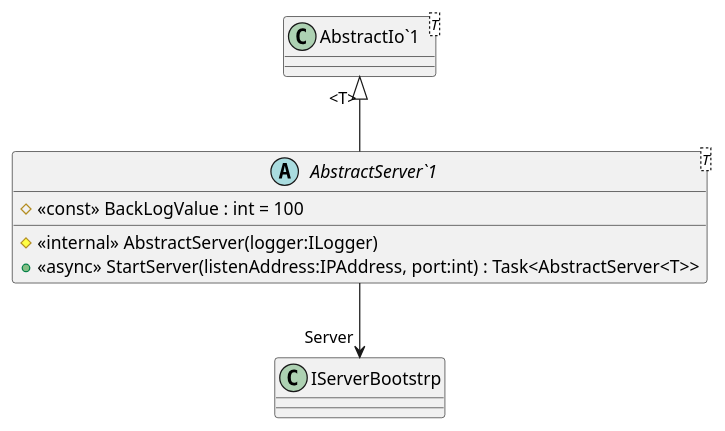
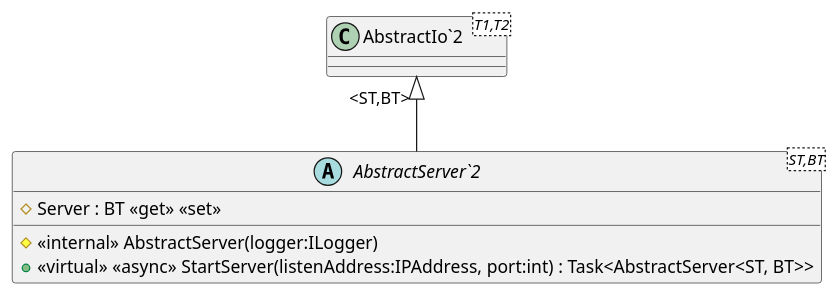
One commit to catalyst-network/Catalyst changed the diagram in Documentation/UML/Catalyst.Node.Common/Helpers/IO/Inbound/AbstractServer.puml. Above: the diagram before and after it, drawn with PlantUML. The commit also changed 29 other files, not shown here.

```diff
--- a/Documentation/UML/Catalyst.Node.Common/Helpers/IO/Inbound/AbstractServer.puml
+++ b/Documentation/UML/Catalyst.Node.Common/Helpers/IO/Inbound/AbstractServer.puml
@@ -1,11 +1,10 @@
 @startuml
-abstract class "AbstractServer`1"<T> {
-    # <<const>> BackLogValue : int = 100
+abstract class "AbstractServer`2"<ST,BT> {
+    # Server : BT <<get>> <<set>>
     # <<internal>> AbstractServer(logger:ILogger)
-    + <<async>> StartServer(listenAddress:IPAddress, port:int) : Task<AbstractServer<T>>
+    + <<virtual>> <<async>> StartServer(listenAddress:IPAddress, port:int) : Task<AbstractServer<ST, BT>>
 }
-class "AbstractIo`1"<T> {
+class "AbstractIo`2"<T1,T2> {
 }
-"AbstractIo`1" "<T>" <|-- "AbstractServer`1"
-"AbstractServer`1" --> "Server" IServerBootstrp
+"AbstractIo`2" "<ST,BT>" <|-- "AbstractServer`2"
 @enduml
```
